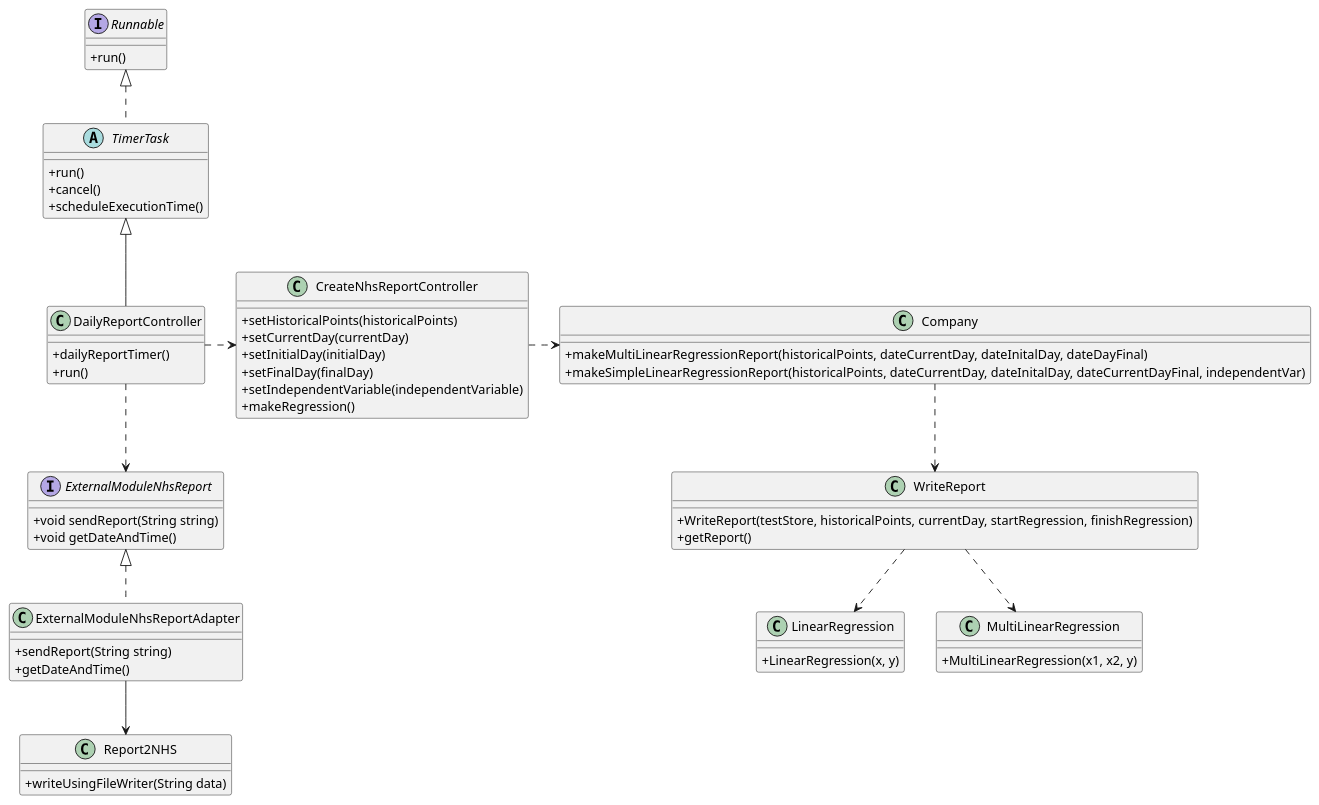
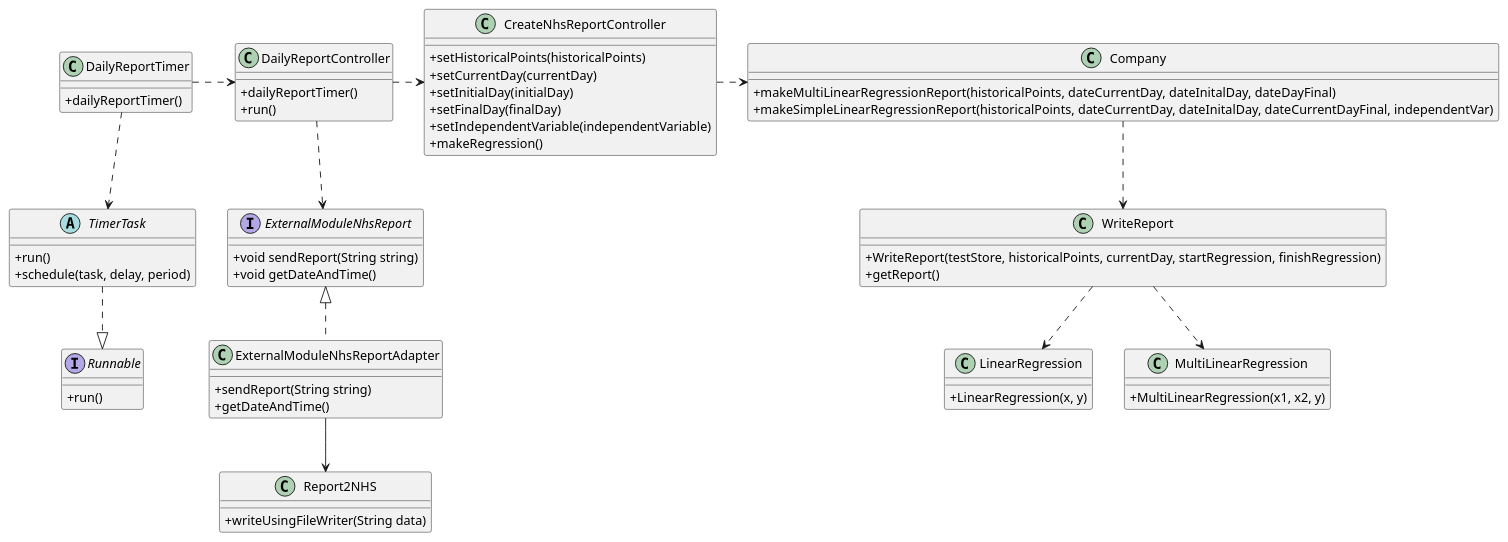
Before and after one commit to MadDinosaur/ISEP-LAPR2: the diagram in docs/SprintD/US19/US19_CD.puml, drawn with PlantUML. The commit also changed 4 other files, not shown here.

```diff
--- a/docs/SprintD/US19/US19_CD.puml
+++ b/docs/SprintD/US19/US19_CD.puml
@@ -1,72 +1,76 @@
 @startuml
 
 skinparam classAttributeIconSize 0
 
 class DailyReportController {
 +dailyReportTimer()
 +run()
 }
 
 class CreateNhsReportController {
 +setHistoricalPoints(historicalPoints)
 +setCurrentDay(currentDay)
 +setInitialDay(initialDay)
 +setFinalDay(finalDay)
 +setIndependentVariable(independentVariable)
 +makeRegression()
 }
 
 interface Runnable {
 +run()
 }
 
 abstract TimerTask {
 +run()
-+cancel()
-+scheduleExecutionTime()
++schedule(task, delay, period)
+}
+
+class DailyReportTimer {
++dailyReportTimer()
 }
 
 class LinearRegression {
 +LinearRegression(x, y)
 }
 
 class MultiLinearRegression {
 +MultiLinearRegression(x1, x2, y)
 }
 
 class Company {
 +makeMultiLinearRegressionReport(historicalPoints, dateCurrentDay, dateInitalDay, dateDayFinal)
 +makeSimpleLinearRegressionReport(historicalPoints, dateCurrentDay, dateInitalDay, dateCurrentDayFinal, independentVar)
 }
 
 class WriteReport {
 +WriteReport(testStore, historicalPoints, currentDay, startRegression, finishRegression)
 +getReport()
 }
 
 interface ExternalModuleNhsReport {
 +void sendReport(String string)
 +void getDateAndTime()
 }
 
 class ExternalModuleNhsReportAdapter {
 +sendReport(String string)
 +getDateAndTime()
 }
 
 class Report2NHS {
 +writeUsingFileWriter(String data)
 }
 
 DailyReportController ..> ExternalModuleNhsReport
-Runnable <|.. TimerTask
-TimerTask <|-- DailyReportController
+TimerTask ..|> Runnable
+DailyReportTimer ..> TimerTask
+DailyReportTimer .> DailyReportController
 DailyReportController .> CreateNhsReportController
 CreateNhsReportController .> Company
 Company ..> WriteReport
 ExternalModuleNhsReport <|.. ExternalModuleNhsReportAdapter
 ExternalModuleNhsReportAdapter --> Report2NHS
 WriteReport ..> LinearRegression
 WriteReport ..> MultiLinearRegression
 
 @enduml
```
